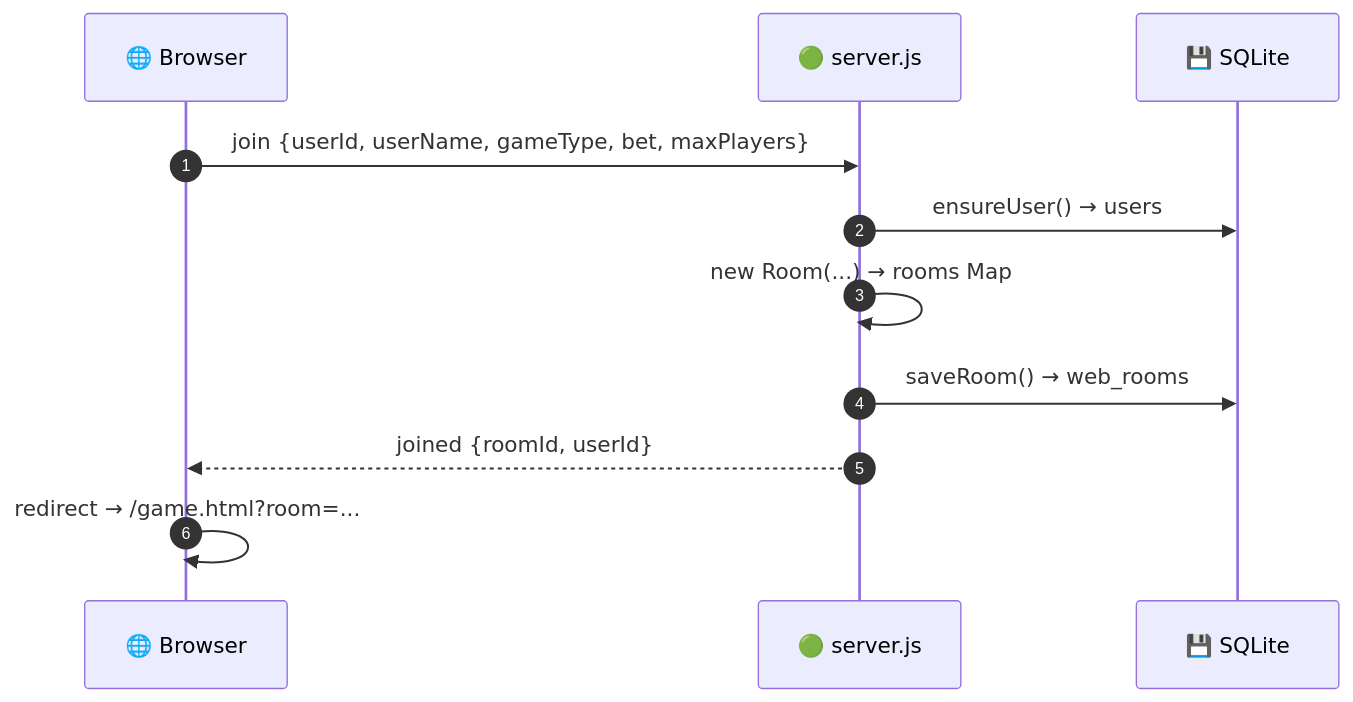
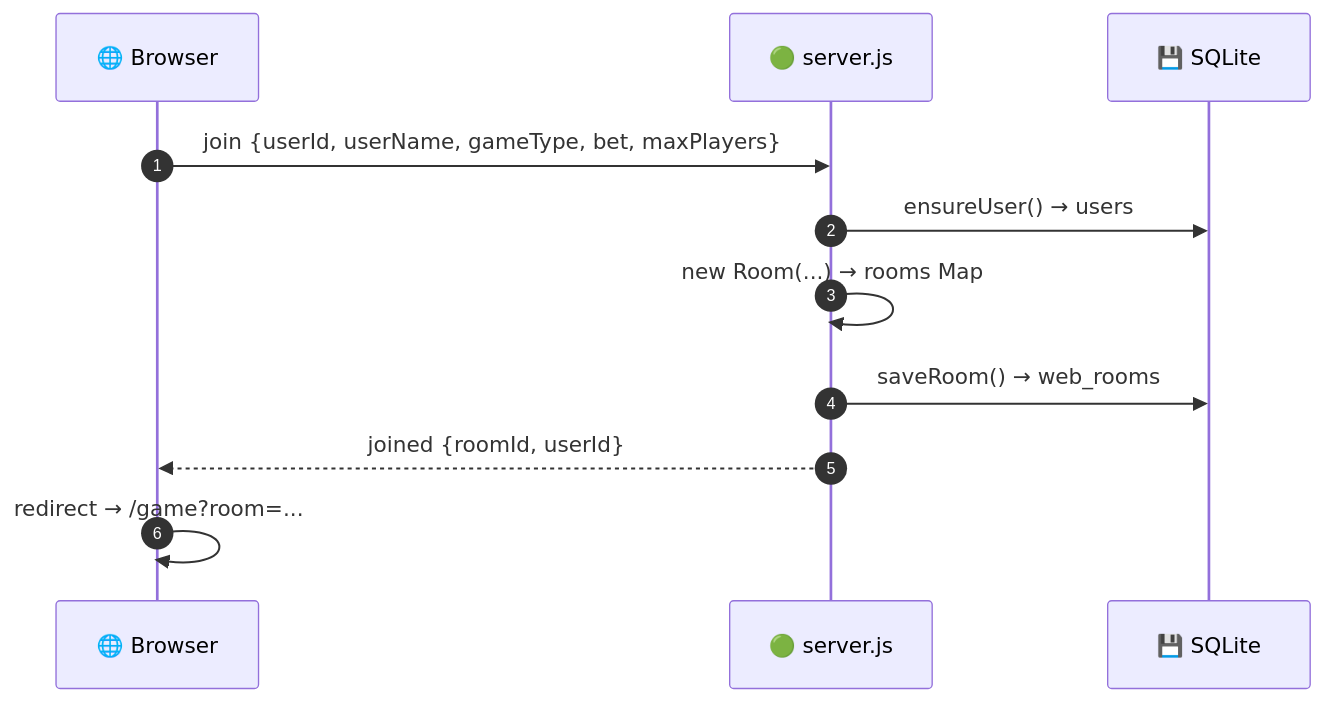
The second of 5 diagrams in ARCHITECTURE.md (JamikKhidirov/CasinoGame), drawn with Mermaid before and after one commit. The commit also changed other lines of this file and 41 other files, not shown here.

````diff
--- a/ARCHITECTURE.md
+++ b/ARCHITECTURE.md
@@ -135,14 +140,14 @@
 ```mermaid
 sequenceDiagram
     autonumber
     participant B as 🌐 Browser
     participant S as 🟢 server.js
     participant DB as 💾 SQLite
 
     B->>S: join {userId, userName, gameType, bet, maxPlayers}
     S->>DB: ensureUser() → users
     S->>S: new Room(...) → rooms Map
     S->>DB: saveRoom() → web_rooms
     S-->>B: joined {roomId, userId}
-    B->>B: redirect → /game.html?room=...
+    B->>B: redirect → /game?room=...
 ```
````
